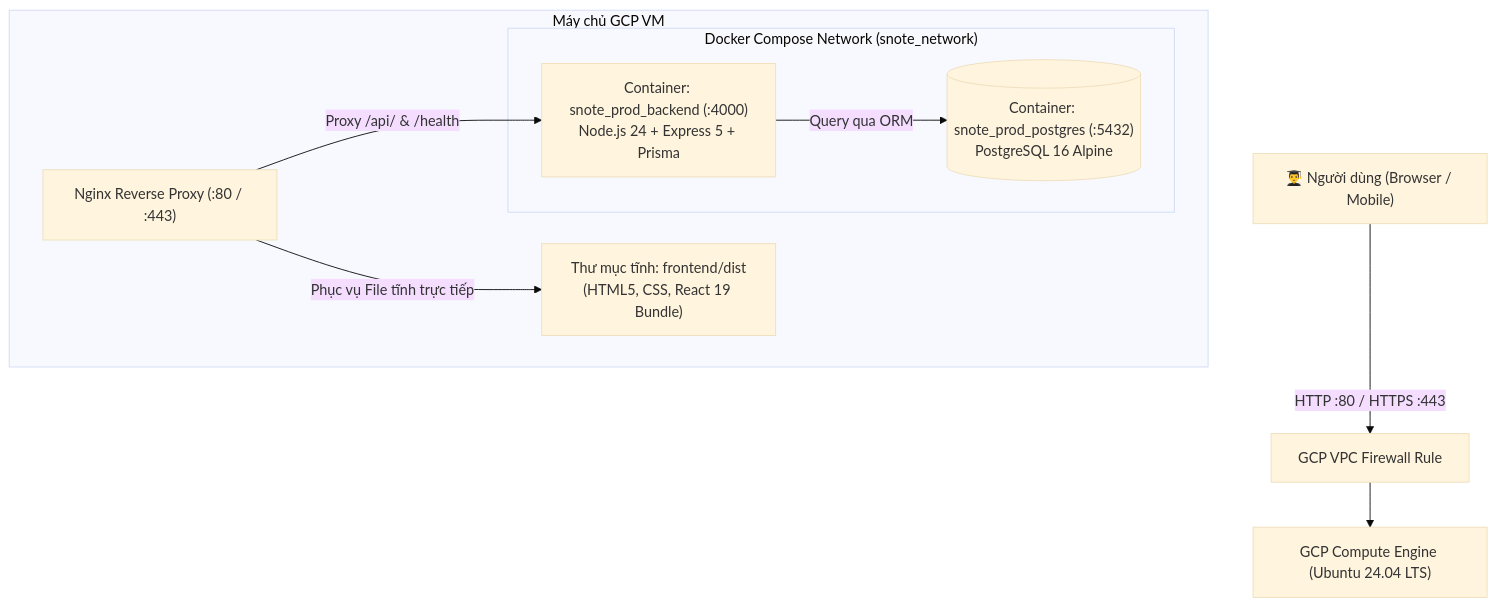
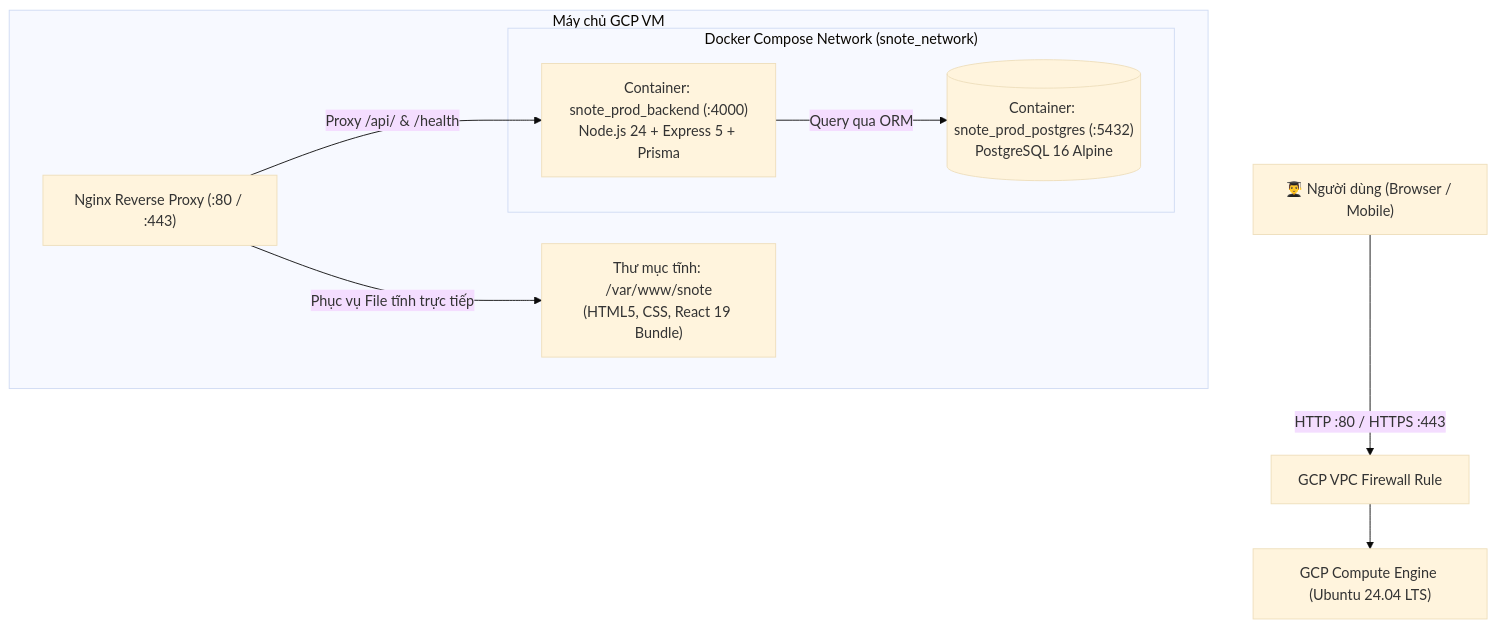
Before and after one commit to buiducviet2005/snote: the diagram in HUONG_DAN_DEPLOY_GCP.md, drawn with Mermaid (base theme). The commit also changed other lines of this file and 14 other files, not shown here.

````diff
--- a/HUONG_DAN_DEPLOY_GCP.md
+++ b/HUONG_DAN_DEPLOY_GCP.md
@@ -22,20 +22,20 @@
 ```mermaid
 flowchart TD
     Client["👨‍🎓 Người dùng (Browser / Mobile)"] -->|HTTP :80 / HTTPS :443| Firewall["GCP VPC Firewall Rule"]
     Firewall --> VM["GCP Compute Engine (Ubuntu 24.04 LTS)"]
     
     subgraph "Máy chủ GCP VM"
         Nginx["Nginx Reverse Proxy (:80 / :443)"]
         
         subgraph "Docker Compose Network (snote_network)"
             Backend["Container: snote_prod_backend (:4000)<br>Node.js 24 + Express 5 + Prisma"]
             Postgres[("Container: snote_prod_postgres (:5432)<br>PostgreSQL 16 Alpine")]
         end
         
-        FrontendDist["Thư mục tĩnh: frontend/dist<br>(HTML5, CSS, React 19 Bundle)"]
+        FrontendDist["Thư mục tĩnh: /var/www/snote<br>(HTML5, CSS, React 19 Bundle)"]
         
         Nginx -->|Phục vụ File tĩnh trực tiếp| FrontendDist
         Nginx -->|Proxy /api/ & /health| Backend
         Backend -->|Query qua ORM| Postgres
     end
 ```
````
